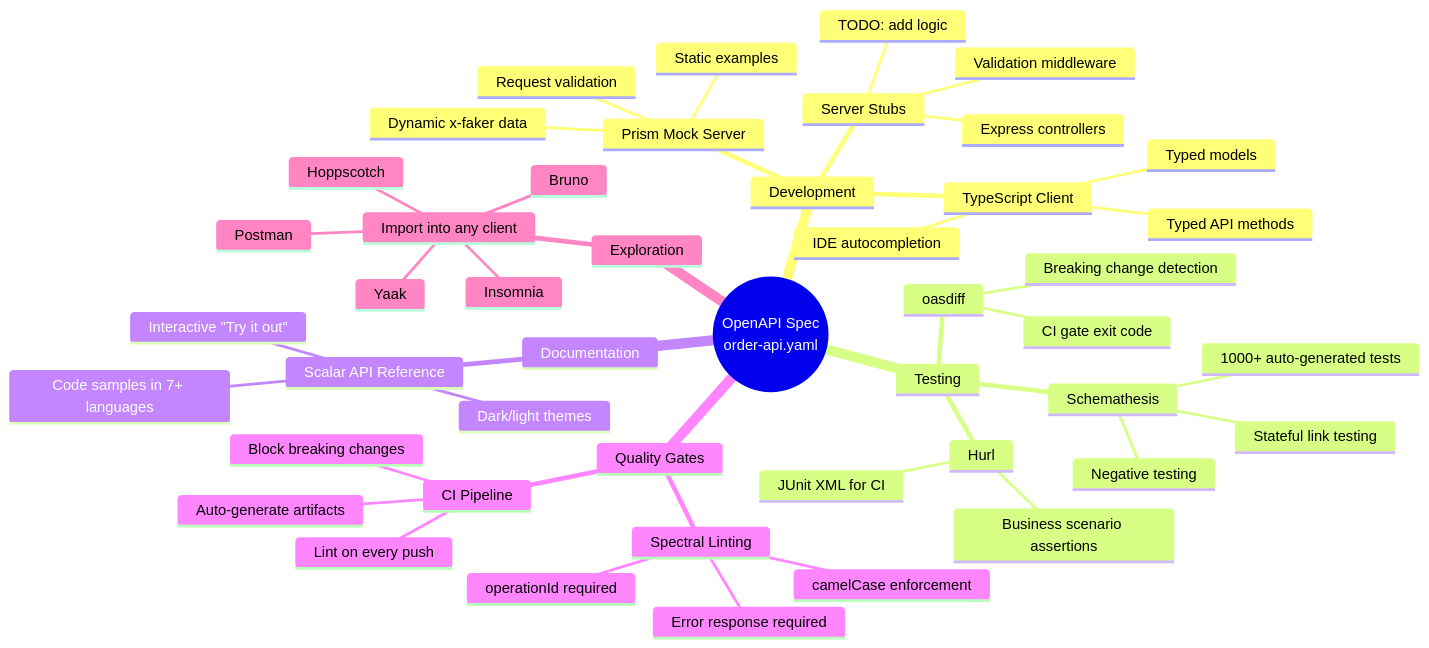
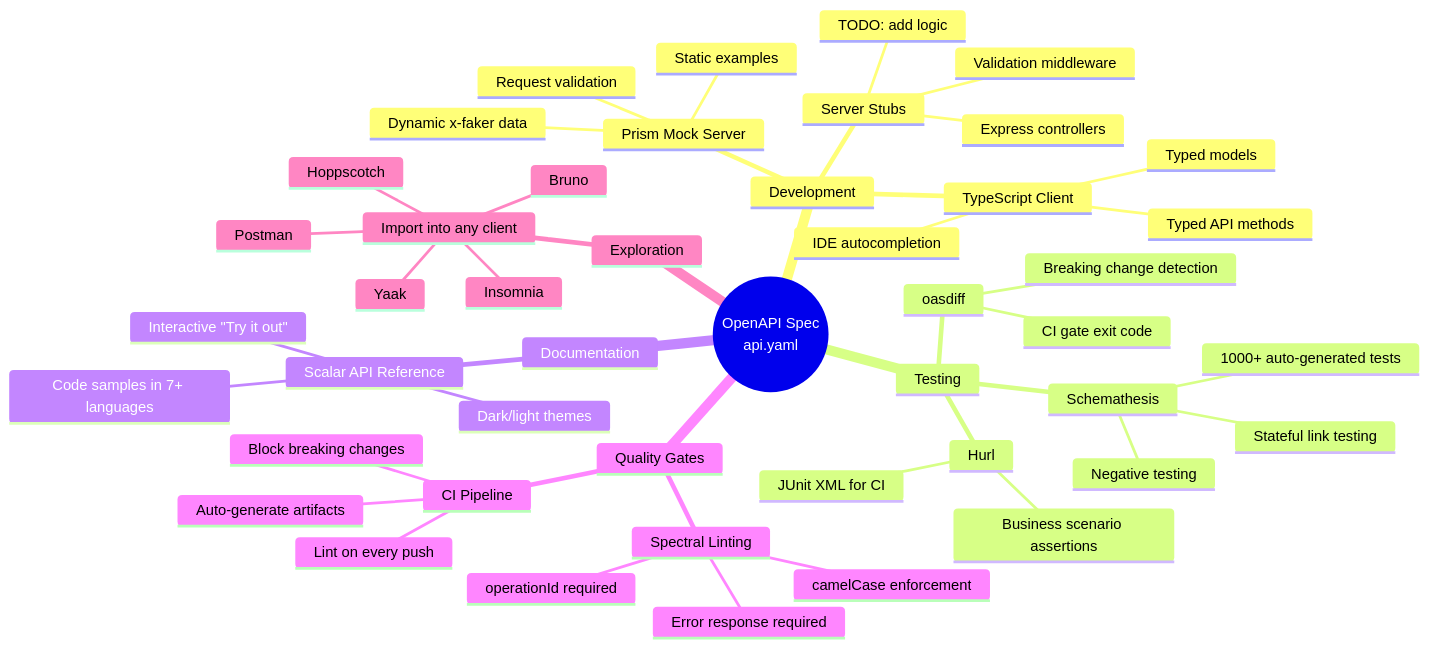
One commit to VictorHueni/scaffold-api-contract-first changed the diagram in docs/diagrams/hub-one-spec-everything-generated.md. Above: the diagram before and after it, drawn with Mermaid. The commit also changed 18 other files, not shown here.

First line of the commit message:
refactor: rename order-api.* to api.* for scaffold reusability

````diff
--- a/docs/diagrams/hub-one-spec-everything-generated.md
+++ b/docs/diagrams/hub-one-spec-everything-generated.md
@@ -5,49 +5,49 @@
 ```mermaid
 mindmap
-  root((OpenAPI Spec<br/>order-api.yaml))
+  root((OpenAPI Spec<br/>api.yaml))
     Development
       Prism Mock Server
         Static examples
         Dynamic x-faker data
         Request validation
       TypeScript Client
         Typed models
         Typed API methods
         IDE autocompletion
       Server Stubs
         Express controllers
         Validation middleware
         TODO: add logic
     Testing
       Schemathesis
         1000+ auto-generated tests
         Stateful link testing
         Negative testing
       Hurl
         Business scenario assertions
         JUnit XML for CI
       oasdiff
         Breaking change detection
         CI gate exit code
     Documentation
       Scalar API Reference
         Interactive "Try it out"
         Dark/light themes
         Code samples in 7+ languages
     Quality Gates
       Spectral Linting
         camelCase enforcement
         operationId required
         Error response required
       CI Pipeline
         Lint on every push
         Block breaking changes
         Auto-generate artifacts
     Exploration
       Import into any client
         Bruno
         Postman
         Insomnia
         Hoppscotch
         Yaak
 ```
````
